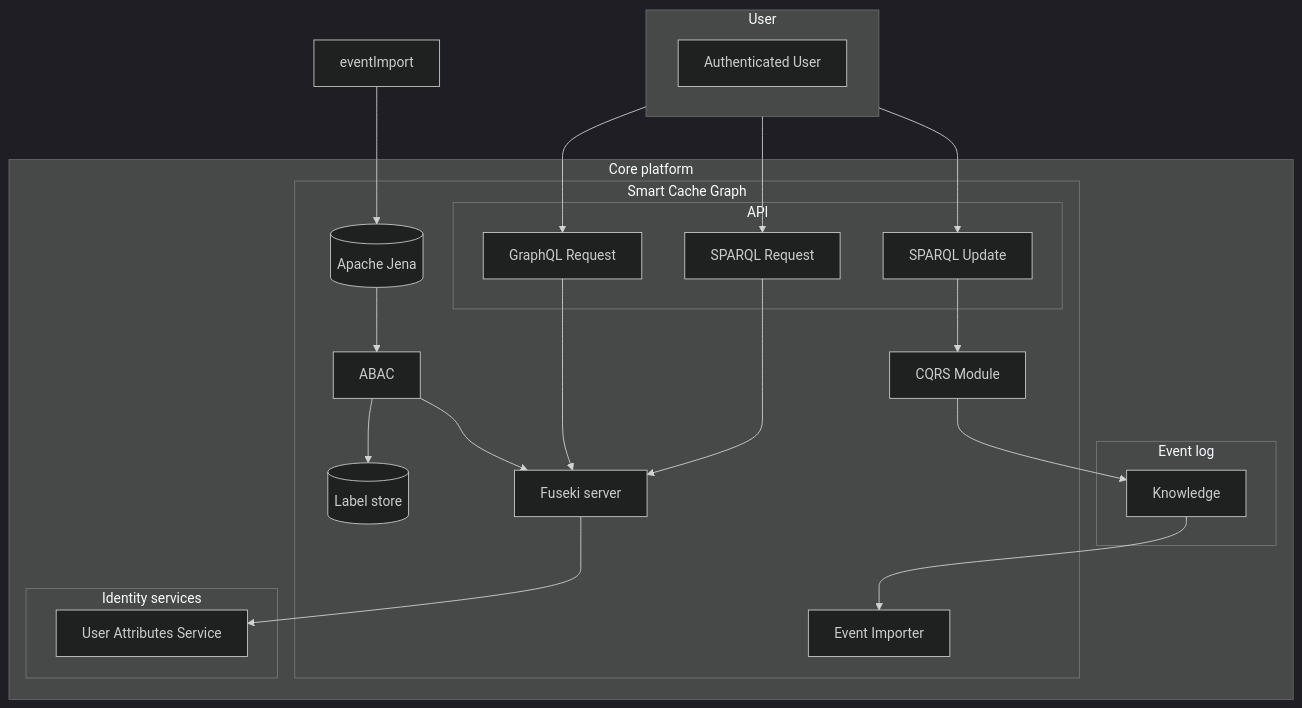
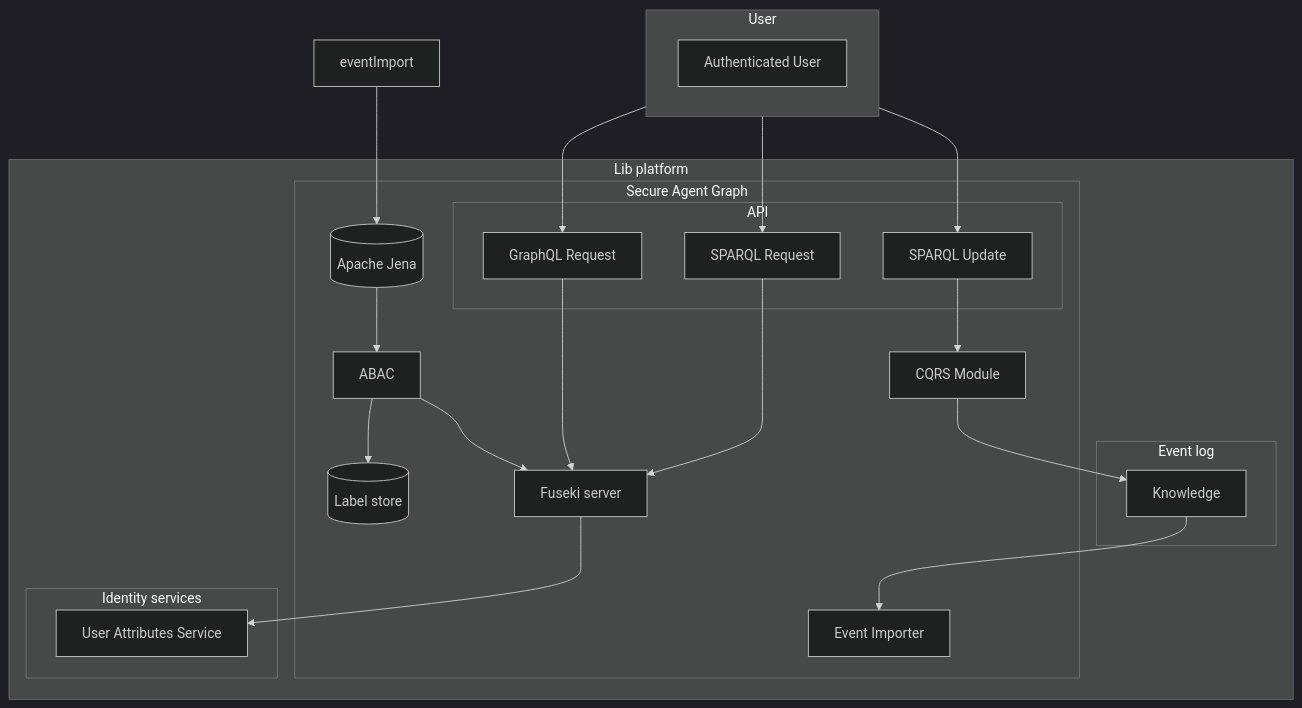
The second of 2 diagrams in DeveloperDocumentation/IANode/InAction.md (National-Digital-Twin/integration-architecture-documentation), drawn with Mermaid (dark theme) before and after one commit. The commit also changed other lines of this file, not shown here.

Commit message:
IA-454 Rebranding done for telicent

````diff
--- a/DeveloperDocumentation/IANode/InAction.md
+++ b/DeveloperDocumentation/IANode/InAction.md
@@ -35,41 +35,41 @@
 ```mermaid
 flowchart
     subgraph User
         authenticatedUser[Authenticated User]
     end
-    subgraph Core platform
-        subgraph Smart Cache Graph
+    subgraph Lib platform
+        subgraph Secure Agent Graph
             subgraph API
                 sparqlUpdate[SPARQL Update]
                 graphQLRequest[GraphQL Request]
                 sparqlRequest[SPARQL Request]
             end
             cqrsModule[CQRS Module]
             eventImporter[Event Importer]
             apacheJena[(Apache Jena)]
             ABAC
             labelStore[(Label store)]
             fusekiServer[Fuseki server]
         end
         subgraph Event log
             Knowledge
         end
         subgraph Identity services
             userAttributesService[User Attributes Service]
         end
     end
 
     User --> sparqlUpdate
     User --> graphQLRequest
     User --> sparqlRequest
     sparqlUpdate --> cqrsModule
     cqrsModule --> Knowledge
     Knowledge --> eventImporter
     eventImport --> apacheJena
     apacheJena --> ABAC
     ABAC --> labelStore
     ABAC --> fusekiServer
     fusekiServer --> userAttributesService
     graphQLRequest --> fusekiServer
     sparqlRequest --> fusekiServer
 ```
````
